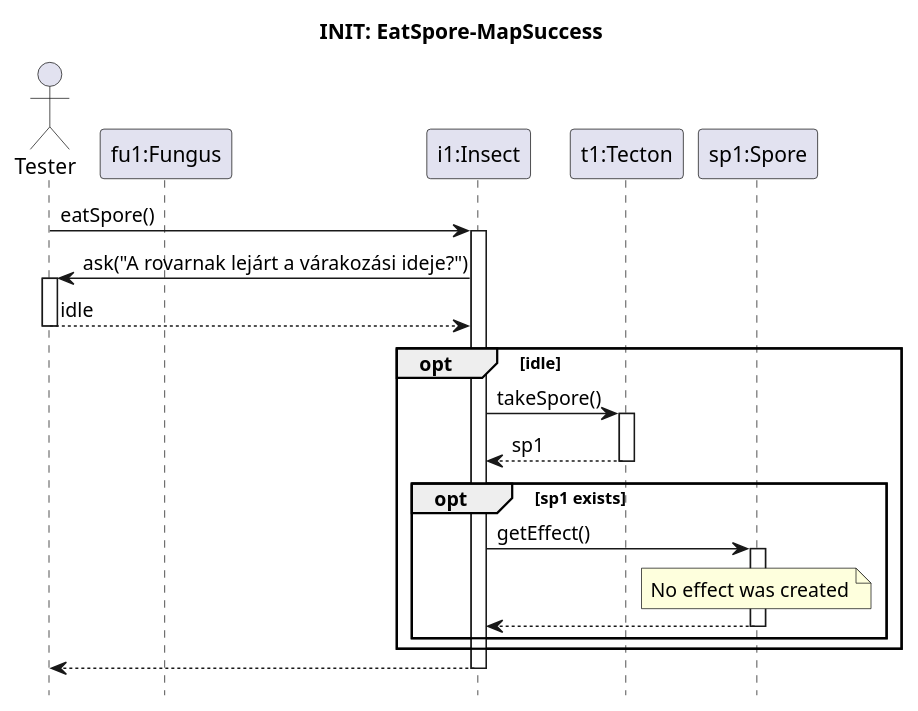
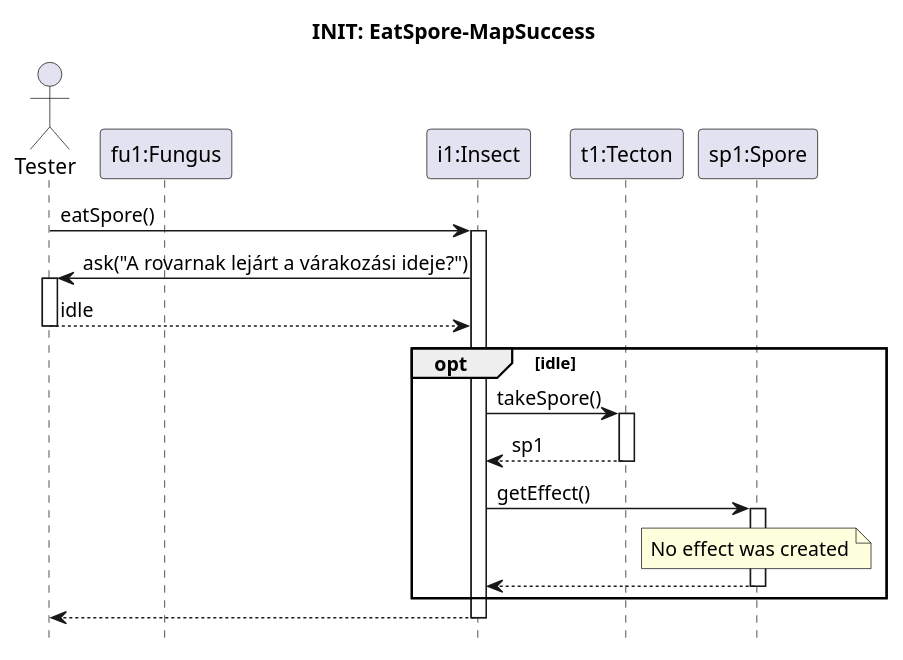
One commit to ZD4ve/projlab-error521 changed the diagram in Skeleton/Eat-spore/get-no-effect.pu. Above: the diagram before and after it, drawn with PlantUML. The commit also changed 3 other files, not shown here.

```diff
--- a/Skeleton/Eat-spore/get-no-effect.pu
+++ b/Skeleton/Eat-spore/get-no-effect.pu
@@ -1,38 +1,36 @@
 @startuml Eat-spore/get-no-effect
 hide footbox
 
 title INIT: EatSpore-MapSuccess
 
 actor Tester as S
 
 participant "fu1:Fungus" as fu1
 participant "i1:Insect" as i1
 participant "t1:Tecton" as t1
 participant "sp1:Spore" as sp1
 
 S -> i1 : eatSpore()
 activate i1
 
 S <- i1 : ask("A rovarnak lejárt a várakozási ideje?")
 activate S
 return idle
 
 opt idle
     i1 -> t1 : takeSpore()
     activate t1
 
     return sp1
 
-    opt sp1 exists
-        i1 -> sp1 : getEffect()
-        activate sp1
+    i1 -> sp1 : getEffect()
+    activate sp1
 
-        note over sp1 : No effect was created
+    note over sp1 : No effect was created
 
-        return
-    end
+    return
 end
 
 return
 
 @enduml
```
